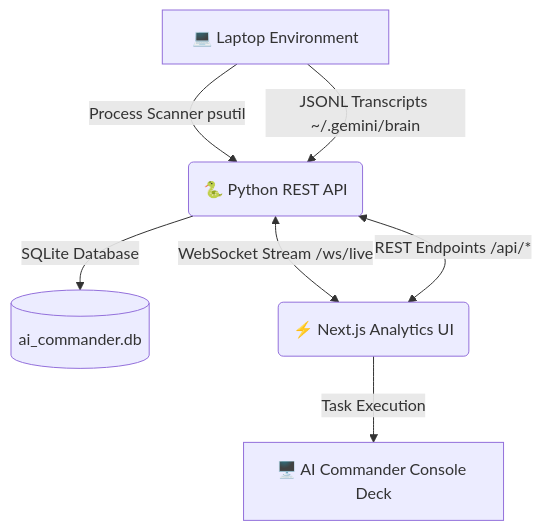
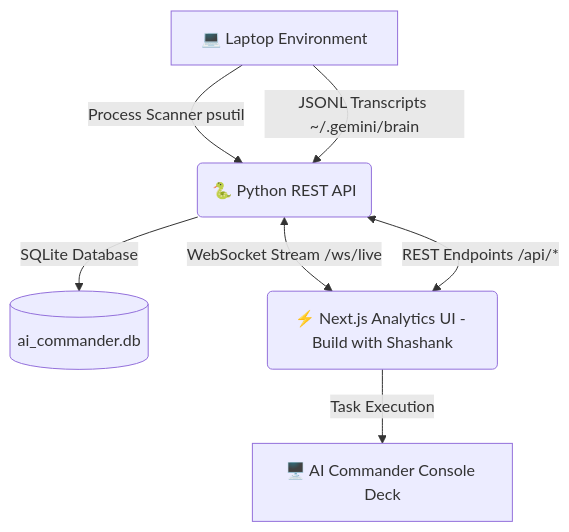
Before and after one commit to shashankshekhar2909/ai-commander: the diagram in README.md, drawn with Mermaid. The commit also changed other lines of this file and 3 other files, not shown here.

Commit message:
Brand AI Commander under Build with Shashank (https://ai.buildwithshashank.com/)

````diff
--- a/README.md
+++ b/README.md
@@ -23,9 +24,9 @@
 ```mermaid
 graph TD
     A[💻 Laptop Environment] -->|Process Scanner psutil| B(🐍 Python REST API)
     A -->|JSONL Transcripts ~/.gemini/brain| B
     B -->|SQLite Database| C[(ai_commander.db)]
-    B <-->|WebSocket Stream /ws/live| D(⚡ Next.js Analytics UI)
+    B <-->|WebSocket Stream /ws/live| D(⚡ Next.js Analytics UI - Build with Shashank)
     B <-->|REST Endpoints /api/*| D
     D -->|Task Execution| E[🖥️ AI Commander Console Deck]
 ```
````
